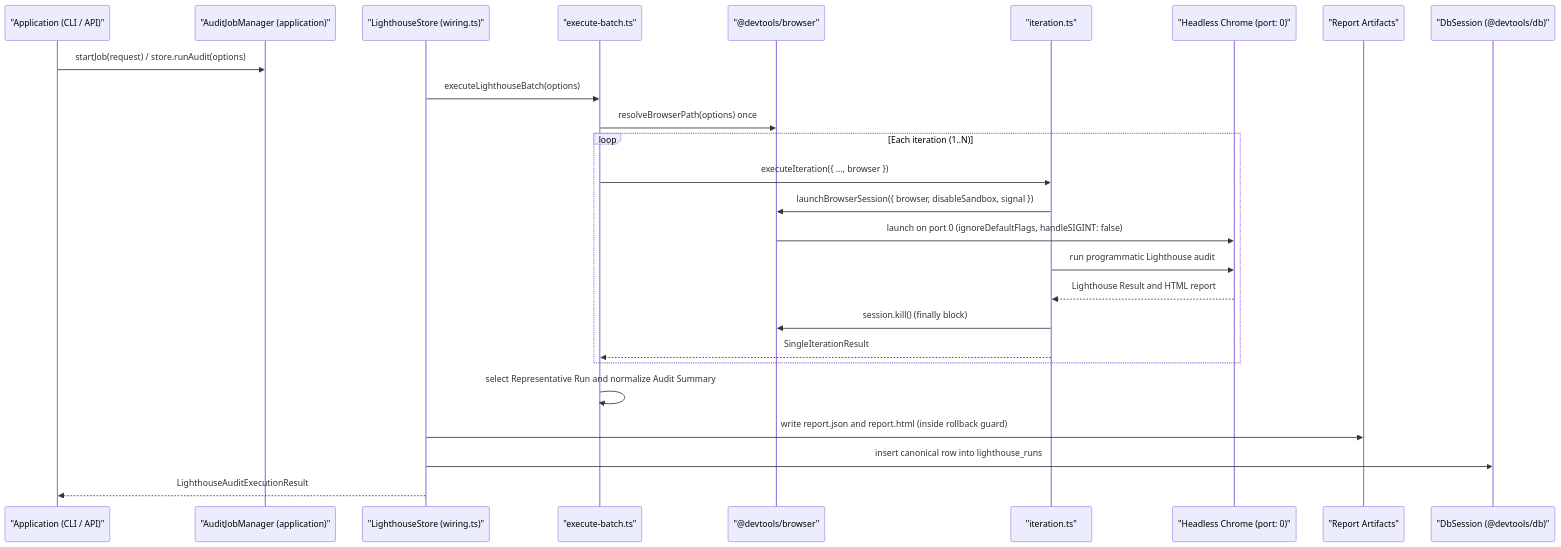
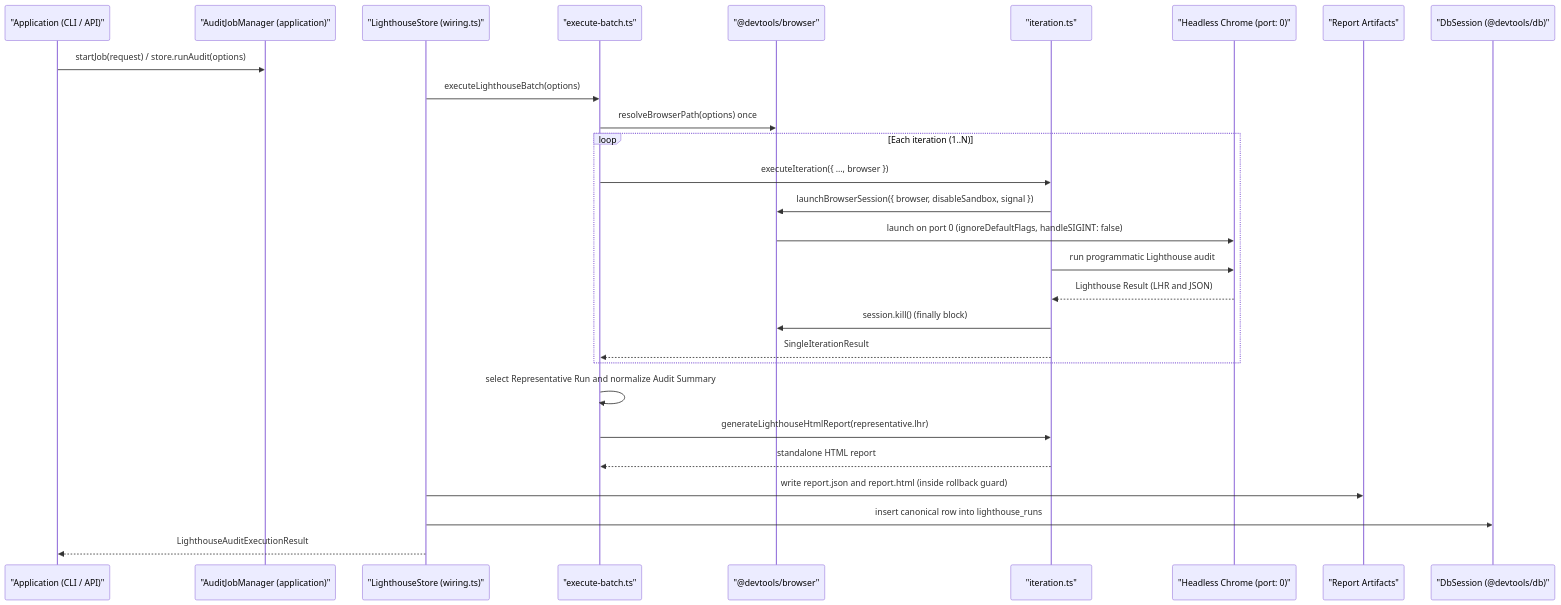
The diagram in docs/architecture/lighthouse.md (ahmedhanye/devtools), drawn with Mermaid before and after one commit. The commit also changed other lines of this file and 6 other files, not shown here.

Commit message:
docs: add ADR-0007 and update frontend architecture guides (#148)

````diff
--- a/docs/architecture/lighthouse.md
+++ b/docs/architecture/lighthouse.md
@@ -18,29 +18,31 @@
 ```mermaid
 sequenceDiagram
     participant App as "Application (CLI / API)"
     participant JobMgr as "AuditJobManager (application)"
     participant Store as "LighthouseStore (wiring.ts)"
     participant Batch as "execute-batch.ts"
     participant Browser as "@devtools/browser"
     participant Iter as "iteration.ts"
     participant Chrome as "Headless Chrome (port: 0)"
     participant Disk as "Report Artifacts"
     participant DB as "DbSession (@devtools/db)"
 
     App->>JobMgr: startJob(request) / store.runAudit(options)
     Store->>Batch: executeLighthouseBatch(options)
     Batch->>Browser: resolveBrowserPath(options) once
     loop Each iteration (1..N)
         Batch->>Iter: executeIteration({ ..., browser })
         Iter->>Browser: launchBrowserSession({ browser, disableSandbox, signal })
         Browser->>Chrome: launch on port 0 (ignoreDefaultFlags, handleSIGINT: false)
         Iter->>Chrome: run programmatic Lighthouse audit
-        Chrome-->>Iter: Lighthouse Result and HTML report
+        Chrome-->>Iter: Lighthouse Result (LHR and JSON)
         Iter->>Browser: session.kill() (finally block)
         Iter-->>Batch: SingleIterationResult
     end
     Batch->>Batch: select Representative Run and normalize Audit Summary
+    Batch->>Iter: generateLighthouseHtmlReport(representative.lhr)
+    Iter-->>Batch: standalone HTML report
     Store->>Disk: write report.json and report.html (inside rollback guard)
     Store->>DB: insert canonical row into lighthouse_runs
     Store-->>App: LighthouseAuditExecutionResult
 ```
````
